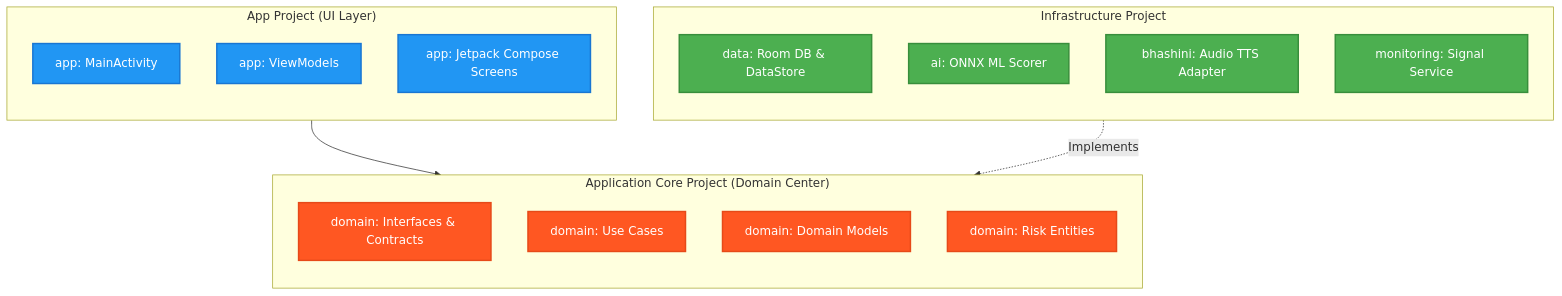
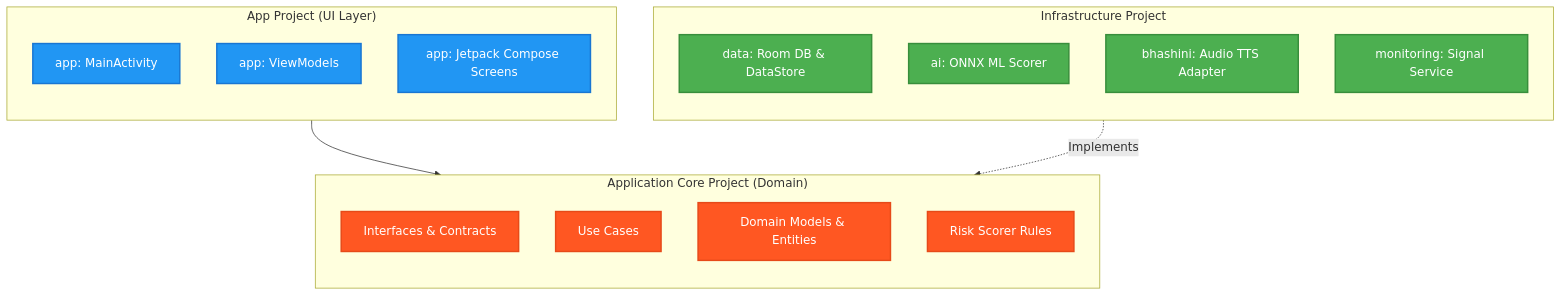
The diagram in README.md (kgp134134-sys/GramKavach-CyberShield), drawn with Mermaid before and after one commit.

Commit message:
Apply architecture diagram exactly as provided

````diff
--- a/README.md
+++ b/README.md
@@ -86,42 +86,44 @@
 ```mermaid
 graph TD
+    %% SUBGRAPH BUILDINGS FOR EXACT REFERENCE IMAGE MATCH
+    
     subgraph UI_Proj ["App Project (UI Layer)"]
         direction TB
         Ctrl["app: MainActivity"]
         VM["app: ViewModels"]
         Views["app: Jetpack Compose Screens"]
     end
 
     subgraph Infra_Proj ["Infrastructure Project"]
         direction TB
         DB_Cache["data: Room DB & DataStore"]
         AI_ONNX["ai: ONNX ML Scorer"]
         Voice["bhashini: Audio TTS Adapter"]
         SMS["monitoring: Signal Service"]
     end
 
-    subgraph Core_Proj ["Application Core Project (Domain Center)"]
+    subgraph Core_Proj ["Application Core Project (Domain)"]
         direction TB
-        Intf["domain: Interfaces & Contracts"]
-        UC["domain: Use Cases"]
-        Models["domain: Domain Models"]
-        Rules["domain: Risk Entities"]
+        Intf["Interfaces & Contracts"]
+        UC["Use Cases"]
+        Models["Domain Models & Entities"]
+        Rules["Risk Scorer Rules"]
     end
 
-    %% Dependency Connections (Solid for Run-time, Dashed for Compile-time Impl)
+    %% CONNECTIONS (Dashed & Solid like reference image)
     UI_Proj --> Core_Proj
     Infra_Proj -.->|Implements| Core_Proj
 
-    %% Color Styles matching the reference image exactly
-    %% BLUE: UI/Presentation
+    %% EXACT COLOR COMBO MATCHING REFERENCE IMAGE
+    %% Blue for UI App Project
     classDef uiBox fill:#2196F3,stroke:#1976D2,stroke-width:2px,color:#FFFFFF
     class Ctrl,VM,Views uiBox
 
-    %% GREEN: Infrastructure
+    %% Green for Infrastructure Project
     classDef infraBox fill:#4CAF50,stroke:#388E3C,stroke-width:2px,color:#FFFFFF
     class DB_Cache,AI_ONNX,Voice,SMS infraBox
 
-    %% RED/ORANGE: Core Logic
+    %% Orange / Red for Application Core Project
     classDef coreBox fill:#FF5722,stroke:#E64A19,stroke-width:2px,color:#FFFFFF
     class Intf,UC,Models,Rules coreBox
 ```
````
